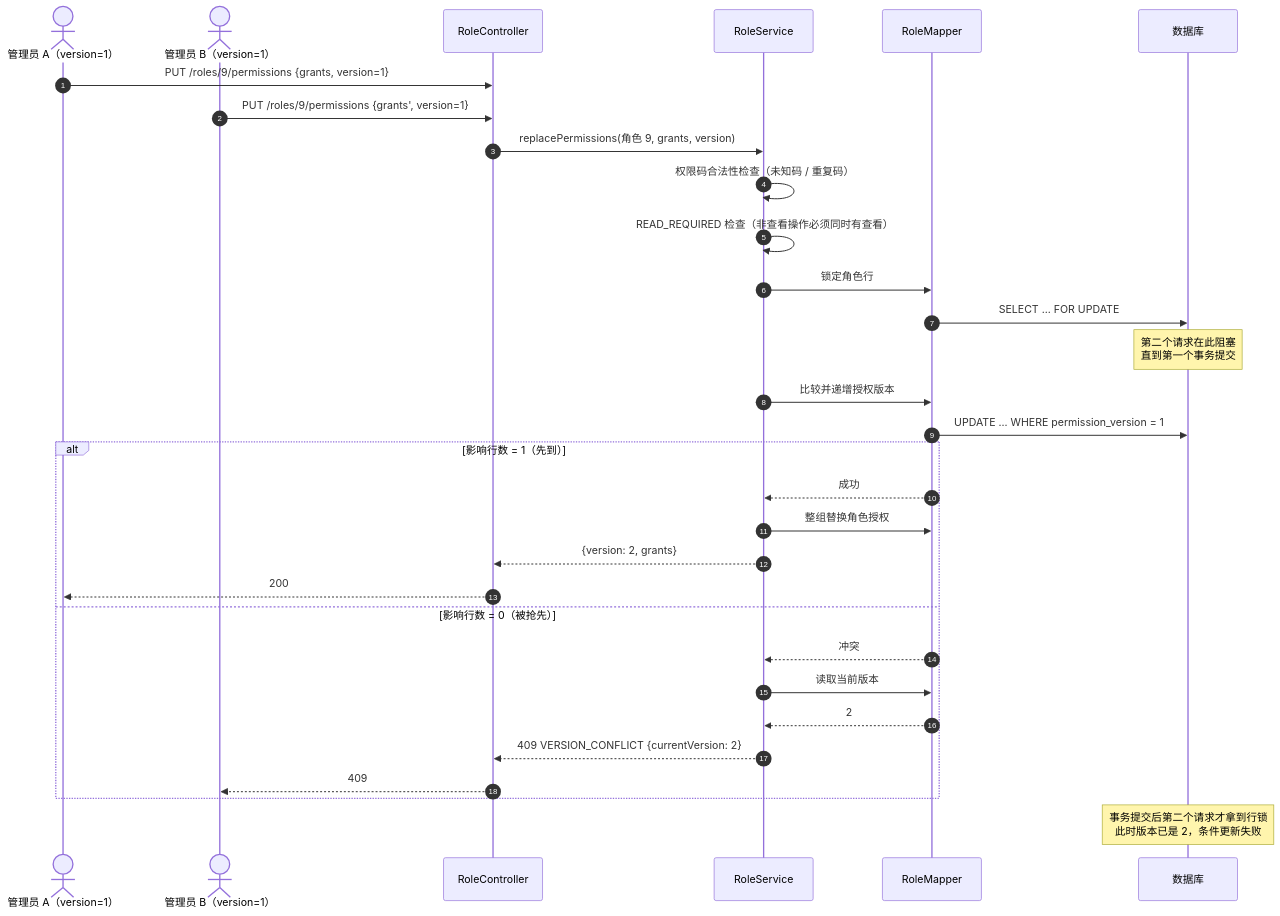
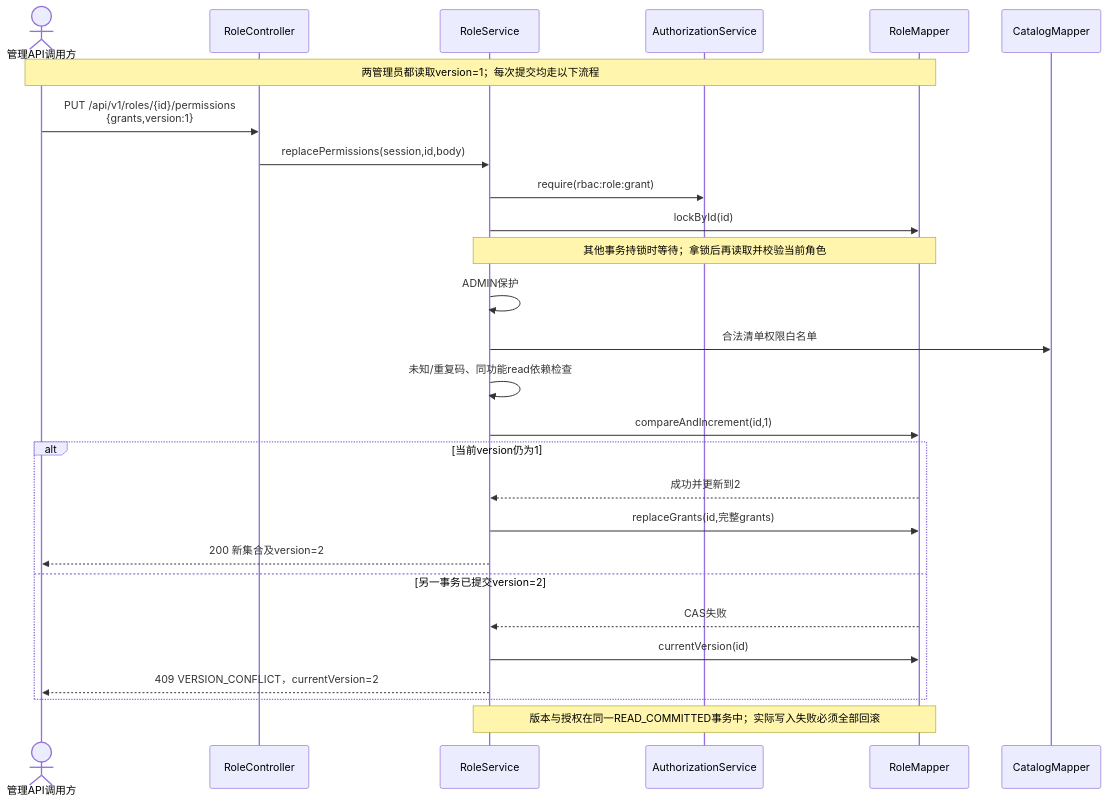
The fourth of 6 diagrams in docs/uml/sequence-diagrams.md (wenjiu-leng66/OO-d), drawn with Mermaid before and after one commit. The commit also changed other lines of this file and 41 other files, not shown here.

````diff
--- a/docs/uml/sequence-diagrams.md
+++ b/docs/uml/sequence-diagrams.md
@@ -175,37 +132,29 @@
 ```mermaid
 sequenceDiagram
-  autonumber
-  actor A1 as 管理员 A（version=1）
-  actor A2 as 管理员 B（version=1）
+  actor U as 管理API调用方
   participant C as RoleController
   participant S as RoleService
+  participant A as AuthorizationService
   participant R as RoleMapper
-  participant DB as 数据库
-
-  A1->>C: PUT /roles/9/permissions {grants, version=1}
-  A2->>C: PUT /roles/9/permissions {grants', version=1}
-
-  C->>S: replacePermissions(角色 9, grants, version)
-  S->>S: 权限码合法性检查（未知码 / 重复码）
-  S->>S: READ_REQUIRED 检查（非查看操作必须同时有查看）
-  S->>R: 锁定角色行
-  R->>DB: SELECT ... FOR UPDATE
-  Note over DB: 第二个请求在此阻塞<br/>直到第一个事务提交
-
-  S->>R: 比较并递增授权版本
-  R->>DB: UPDATE ... WHERE permission_version = 1
-  alt 影响行数 = 1（先到）
-    R-->>S: 成功
-    S->>R: 整组替换角色授权
-    S-->>C: {version: 2, grants}
-    C-->>A1: 200
-  else 影响行数 = 0（被抢先）
-    R-->>S: 冲突
-    S->>R: 读取当前版本
-    R-->>S: 2
-    S-->>C: 409 VERSION_CONFLICT {currentVersion: 2}
-    C-->>A2: 409
+  participant K as CatalogMapper
+  Note over U,R: 两管理员都读取version=1；每次提交均走以下流程
+  U->>C: PUT /api/v1/roles/{id}/permissions<br/>{grants,version:1}
+  C->>S: replacePermissions(session,id,body)
+  S->>A: require(rbac:role:grant)
+  S->>R: lockById(id)
+  Note over S,R: 其他事务持锁时等待；拿锁后再读取并校验当前角色
+  S->>S: ADMIN保护
+  S->>K: 合法清单权限白名单
+  S->>S: 未知/重复码、同功能read依赖检查
+  S->>R: compareAndIncrement(id,1)
+  alt 当前version仍为1
+    R-->>S: 成功并更新到2
+    S->>R: replaceGrants(id,完整grants)
+    S-->>U: 200 新集合及version=2
+  else 另一事务已提交version=2
+    R-->>S: CAS失败
+    S->>R: currentVersion(id)
+    S-->>U: 409 VERSION_CONFLICT，currentVersion=2
   end
-
-  Note over DB: 事务提交后第二个请求才拿到行锁<br/>此时版本已是 2，条件更新失败
+  Note over S,R: 版本与授权在同一READ_COMMITTED事务中；实际写入失败必须全部回滚
 ```
````
